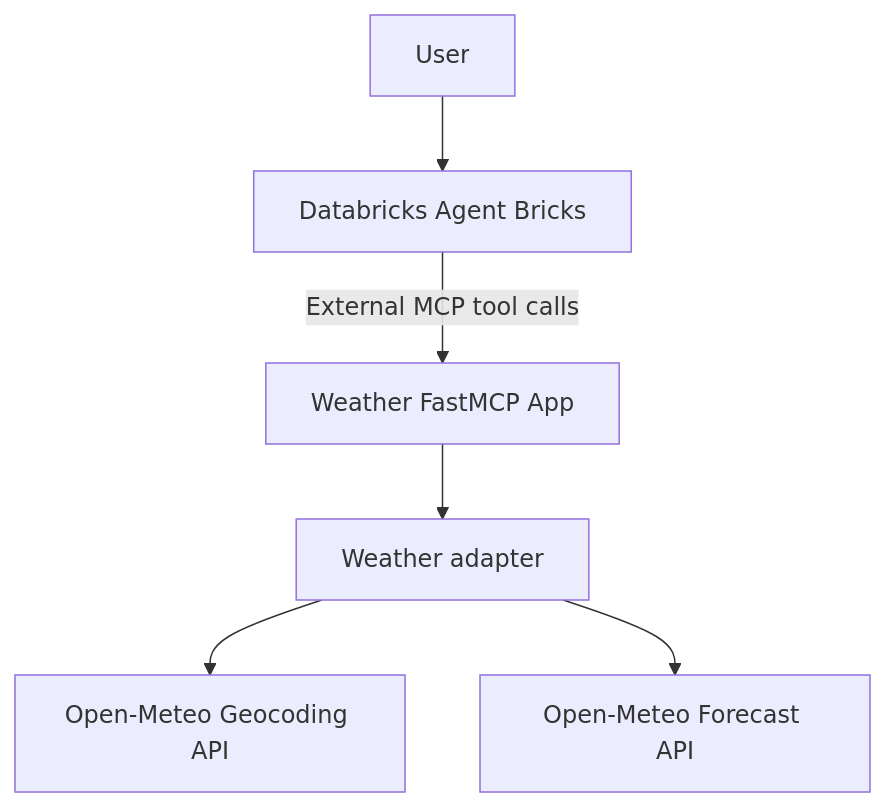
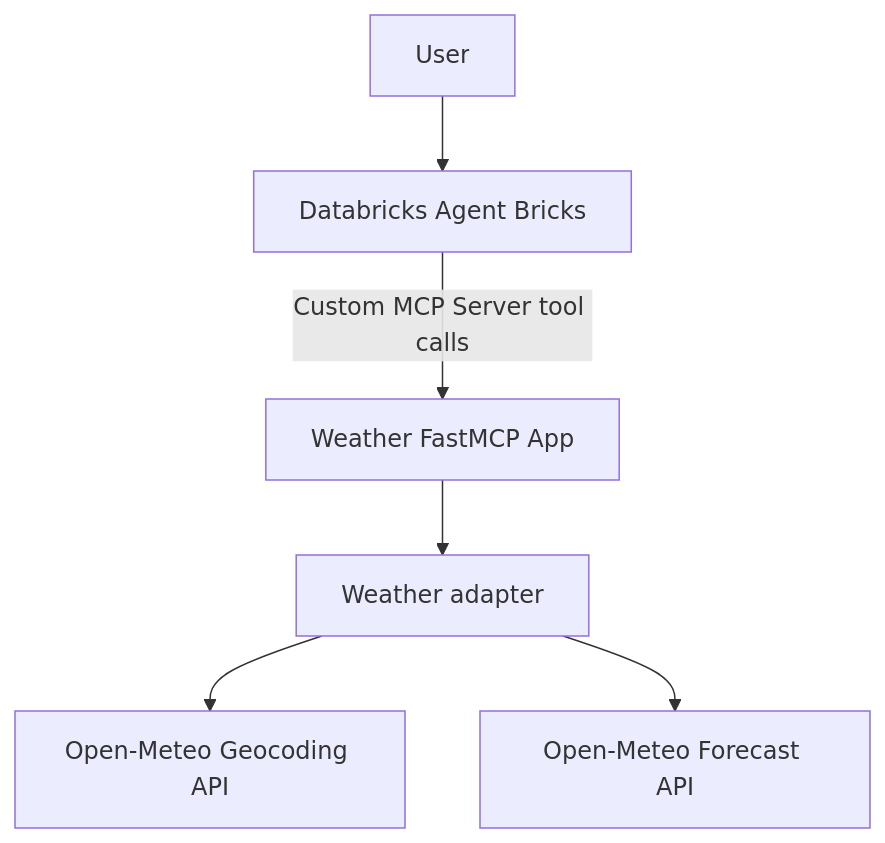
The diagram in README.md (marcelonaza/databricks-ai-bootcamp-capstone), drawn with Mermaid before and after one commit. The commit also changed other lines of this file, not shown here.

Commit message:
Document custom MCP and frontend deployment

````diff
--- a/README.md
+++ b/README.md
@@ -7,8 +7,8 @@
 ```mermaid
 flowchart TD
     U[User] --> A[Databricks Agent Bricks]
-    A -->|External MCP tool calls| M[Weather FastMCP App]
+    A -->|Custom MCP Server tool calls| M[Weather FastMCP App]
     M --> W[Weather adapter]
     W --> G[Open-Meteo Geocoding API]
     W --> F[Open-Meteo Forecast API]
 ```
````
